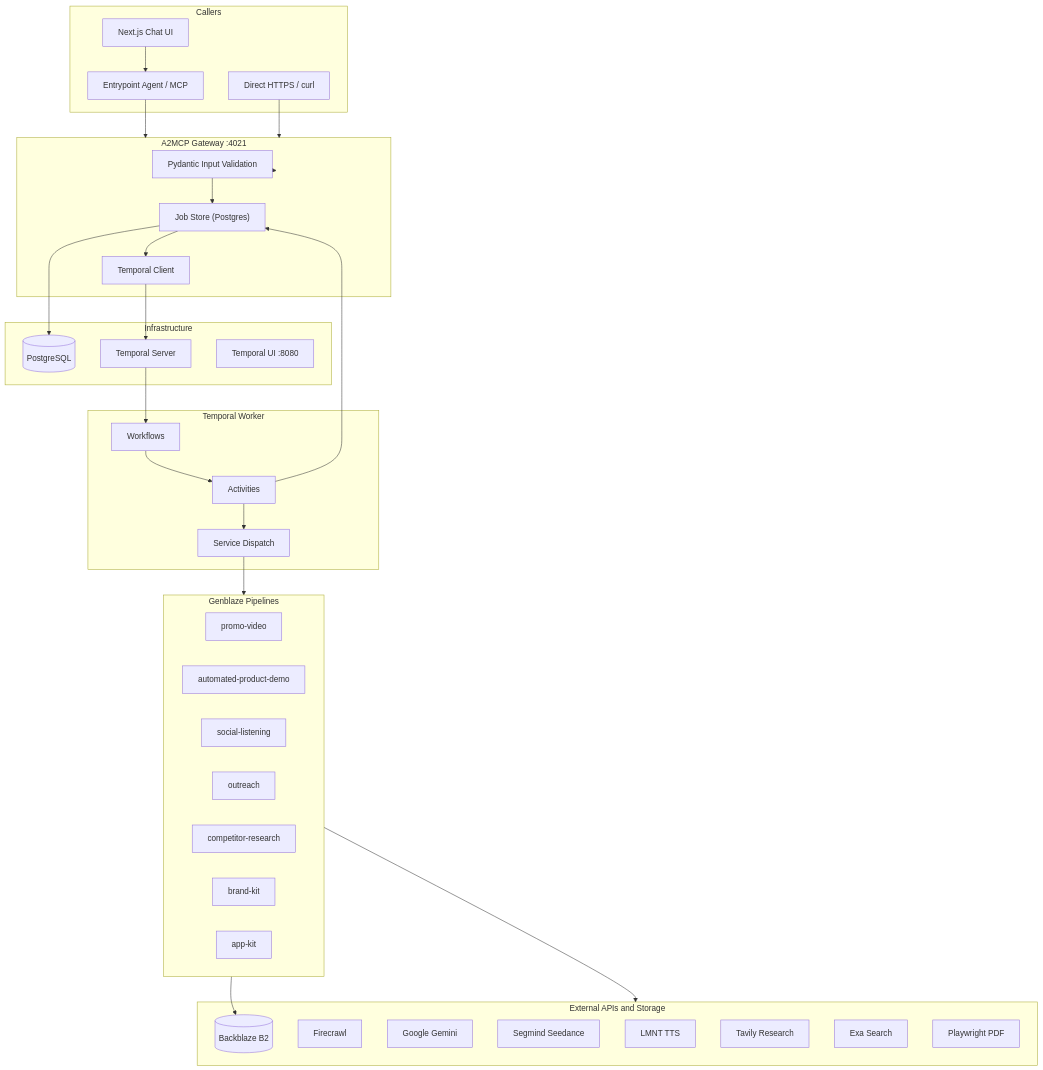
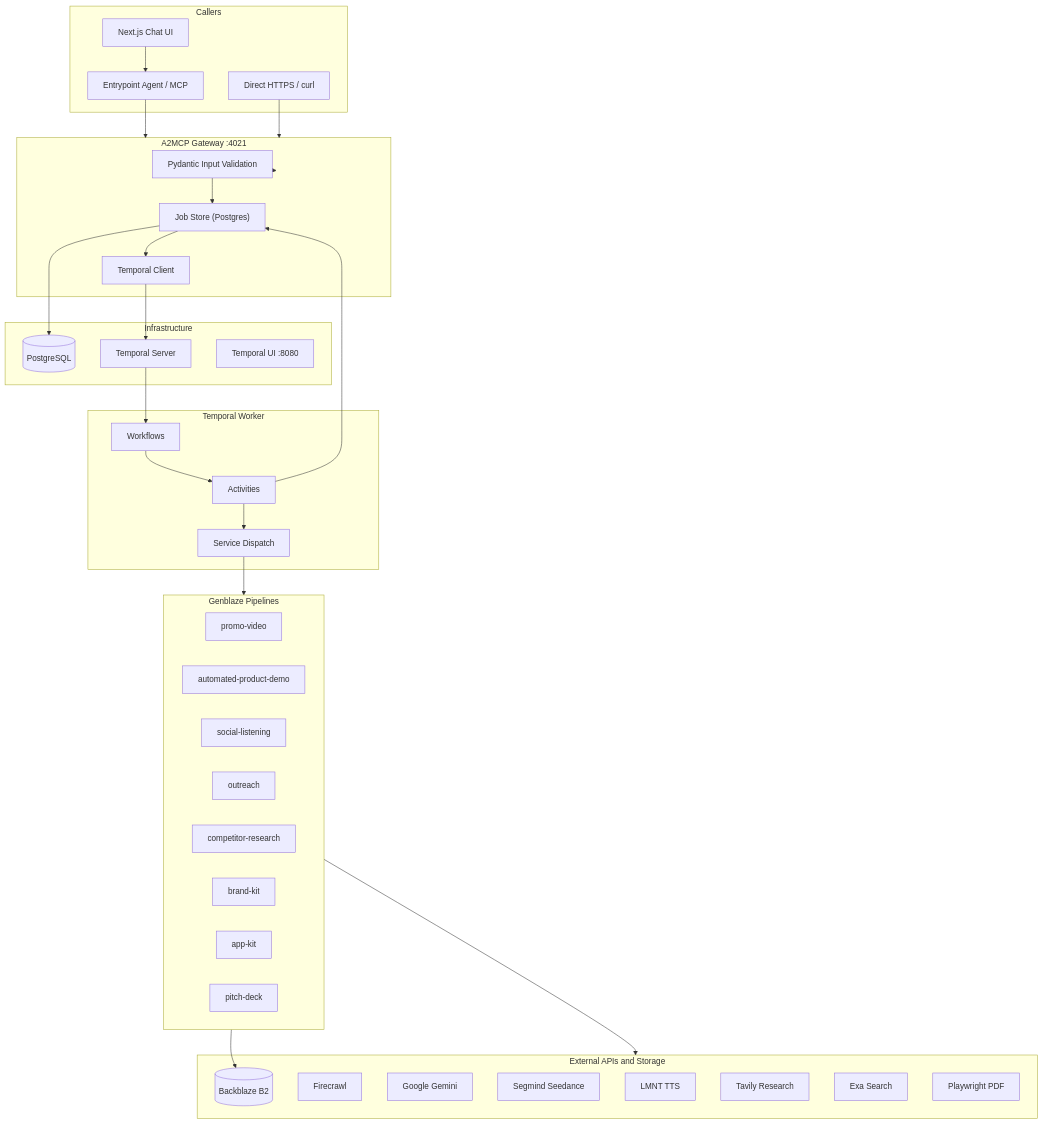
Before and after one commit to Marshal-AM/founderblaze: the first of 15 diagrams in README.md, drawn with Mermaid. The commit also changed other lines of this file and 20 other files, not shown here.

````diff
--- a/README.md
+++ b/README.md
@@ -271,59 +275,60 @@
 ```mermaid
 flowchart TB
     subgraph Clients["Callers"]
         ChatUI["Next.js Chat UI"]
         AgentAPI["Entrypoint Agent / MCP"]
         DirectHTTP["Direct HTTPS / curl"]
     end
 
     subgraph Gateway["A2MCP Gateway :4021"]
         PyVal["Pydantic Input Validation"]
         JobStore["Job Store (Postgres)"]
         TempClient["Temporal Client"]
     end
 
     subgraph Infra["Infrastructure"]
         PG[("PostgreSQL")]
         Temporal["Temporal Server"]
         TempUI["Temporal UI :8080"]
     end
 
     subgraph Worker["Temporal Worker"]
         Workflows["Workflows"]
         Activities["Activities"]
         Dispatch["Service Dispatch"]
     end
 
     subgraph Services["Genblaze Pipelines"]
         PV["promo-video"]
         APD["automated-product-demo"]
         SL["social-listening"]
         OR["outreach"]
         CR["competitor-research"]
         BK["brand-kit"]
         AK["app-kit"]
+        PD["pitch-deck"]
     end
 
     subgraph External["External APIs and Storage"]
         B2[("Backblaze B2")]
         Firecrawl["Firecrawl"]
         Gemini["Google Gemini"]
         Segmind["Segmind Seedance"]
         LMNT["LMNT TTS"]
         Tavily["Tavily Research"]
         Exa["Exa Search"]
         Playwright["Playwright PDF"]
     end
 
     ChatUI --> AgentAPI
     AgentAPI --> Gateway
     DirectHTTP --> Gateway
     Gateway --> PyVal --> JobStore --> TempClient
     JobStore --> PG
     TempClient --> Temporal
     Temporal --> Workflows --> Activities --> Dispatch
     Dispatch --> Services
     Activities --> JobStore
     Services --> B2
     Services --> External
 ```
````
